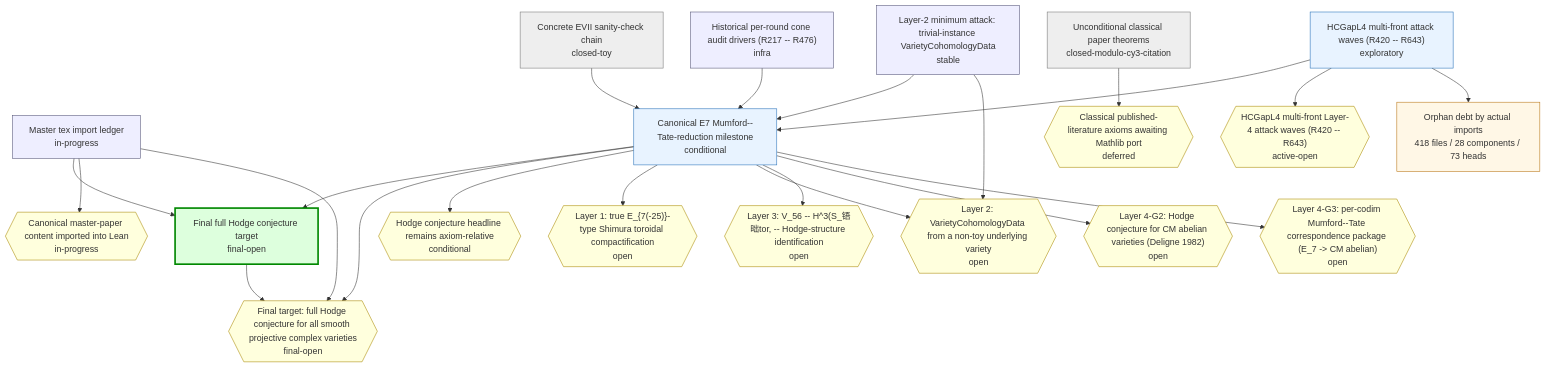
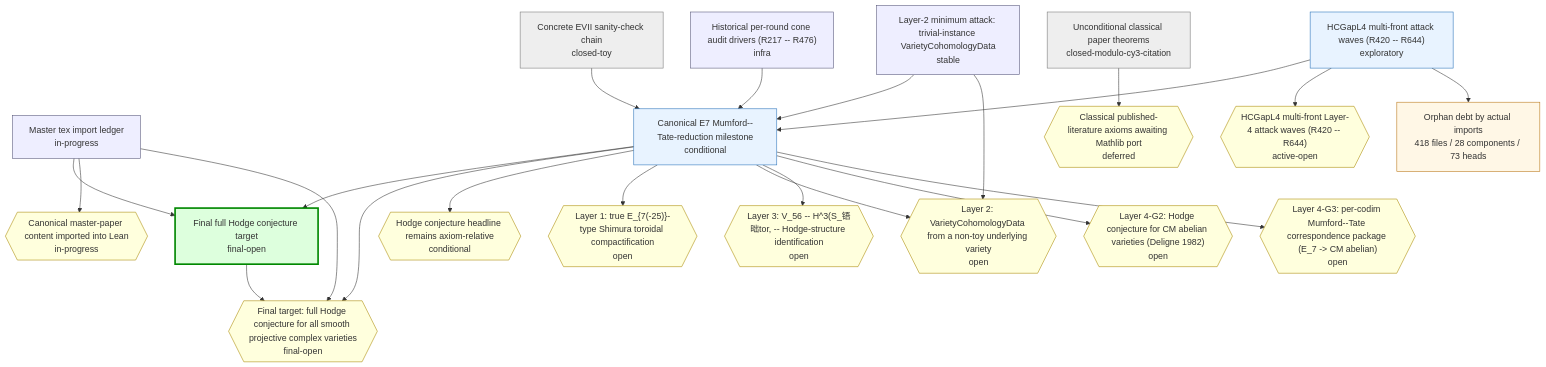
Before and after one commit to crabsatellite/hodge-conjecture-lean4-formalization: the first of 2 diagrams in chain-status/research-map.md, drawn with Mermaid. The commit also changed other lines of this file and 8 other files, not shown here.

````diff
--- a/chain-status/research-map.md
+++ b/chain-status/research-map.md
@@ -46,54 +46,54 @@
 ```mermaid
 graph TD
   classDef main fill:#dfd,stroke:#080,stroke-width:3px
   classDef active fill:#e8f3ff,stroke:#2670b8
   classDef support fill:#eef,stroke:#557
   classDef closed fill:#eee,stroke:#777
   classDef dead fill:#fdd,stroke:#a00,stroke-width:2px
   classDef gapOpen fill:#ffd,stroke:#a80
   classDef gapClosed fill:#eee,stroke:#777
   classDef gapDead fill:#fdd,stroke:#a00
   classDef debt fill:#fff7e6,stroke:#b87514
   classDef debtTaxonomy fill:#e8f3ff,stroke:#2670b8,stroke-dasharray:3 3
   classDef debtRule fill:#eefbea,stroke:#398439,stroke-dasharray:3 3
   classDef debtDead fill:#fdd,stroke:#a00,stroke-dasharray:3 3
   chain_full_hc_final_target["Final full Hodge conjecture target\nfinal-open"]:::main
   chain_master_paper_import_ledger["Master tex import ledger\nin-progress"]:::support
   chain_main_hc_axiom_relative["Canonical E7 Mumford--Tate-reduction milestone\nconditional"]:::active
   chain_unconditional_classical["Unconditional classical paper theorems\nclosed-modulo-cy3-citation"]:::closed
   chain_hcgap_l2_trivial_instances["Layer-2 minimum attack: trivial-instance VarietyCohomologyData\nstable"]:::support
-  chain_hcgap_l4_multifront_active["HCGapL4 multi-front attack waves (R420 -- R643)\nexploratory"]:::active
+  chain_hcgap_l4_multifront_active["HCGapL4 multi-front attack waves (R420 -- R644)\nexploratory"]:::active
   chain_concrete_evii_toy["Concrete EVII sanity-check chain\nclosed-toy"]:::closed
   chain_historical_cone_audits["Historical per-round cone audit drivers (R217 -- R476)\ninfra"]:::support
   gap_G_full_hc{{"Final target: full Hodge conjecture for all smooth projective complex varieties\nfinal-open"}}:::gapOpen
   gap_G_master_paper_import{{"Canonical master-paper content imported into Lean\nin-progress"}}:::gapOpen
   gap_G_main_hc{{"Hodge conjecture headline remains axiom-relative\nconditional"}}:::gapOpen
   gap_G_l1_e7_shimura_tor{{"Layer 1: true E_{7(-25)}-type Shimura toroidal compactification\nopen"}}:::gapOpen
   gap_G_l2_cohomology_construction{{"Layer 2: VarietyCohomologyData from a non-toy underlying variety\nopen"}}:::gapOpen
   gap_G_l3_v56_mt_identification{{"Layer 3: V_56 -- H^3(S_铻昢tor, -- Hodge-structure identification\nopen"}}:::gapOpen
   gap_G_l4_cm_abelian_hc{{"Layer 4-G2: Hodge conjecture for CM abelian varieties (Deligne 1982)\nopen"}}:::gapOpen
   gap_G_l4_mt_correspondence{{"Layer 4-G3: per-codim Mumford--Tate correspondence package (E_7 -> CM abelian)\nopen"}}:::gapOpen
   gap_G_classical_mathlib_port{{"Classical published-literature axioms awaiting Mathlib port\ndeferred"}}:::gapOpen
-  gap_G_hcgap_l4_multifront{{"HCGapL4 multi-front Layer-4 attack waves (R420 -- R643)\nactive-open"}}:::gapOpen
+  gap_G_hcgap_l4_multifront{{"HCGapL4 multi-front Layer-4 attack waves (R420 -- R644)\nactive-open"}}:::gapOpen
   chain_full_hc_final_target --> gap_G_full_hc
   chain_master_paper_import_ledger --> chain_full_hc_final_target
   chain_master_paper_import_ledger --> gap_G_master_paper_import
   chain_master_paper_import_ledger --> gap_G_full_hc
   chain_main_hc_axiom_relative --> chain_full_hc_final_target
   chain_main_hc_axiom_relative --> gap_G_full_hc
   chain_main_hc_axiom_relative --> gap_G_main_hc
   chain_main_hc_axiom_relative --> gap_G_l1_e7_shimura_tor
   chain_main_hc_axiom_relative --> gap_G_l2_cohomology_construction
   chain_main_hc_axiom_relative --> gap_G_l3_v56_mt_identification
   chain_main_hc_axiom_relative --> gap_G_l4_cm_abelian_hc
   chain_main_hc_axiom_relative --> gap_G_l4_mt_correspondence
   chain_unconditional_classical --> gap_G_classical_mathlib_port
   chain_hcgap_l2_trivial_instances --> chain_main_hc_axiom_relative
   chain_hcgap_l2_trivial_instances --> gap_G_l2_cohomology_construction
   chain_hcgap_l4_multifront_active --> chain_main_hc_axiom_relative
   chain_hcgap_l4_multifront_active --> gap_G_hcgap_l4_multifront
   chain_concrete_evii_toy --> chain_main_hc_axiom_relative
   chain_historical_cone_audits --> chain_main_hc_axiom_relative
   debt_all["Orphan debt by actual imports\n418 files / 28 components / 73 heads"]:::debt
   chain_hcgap_l4_multifront_active --> debt_all
 ```
````
